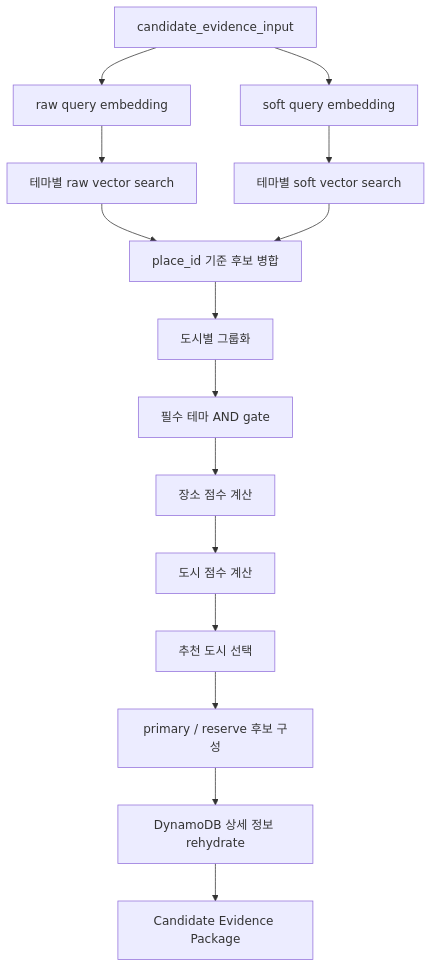
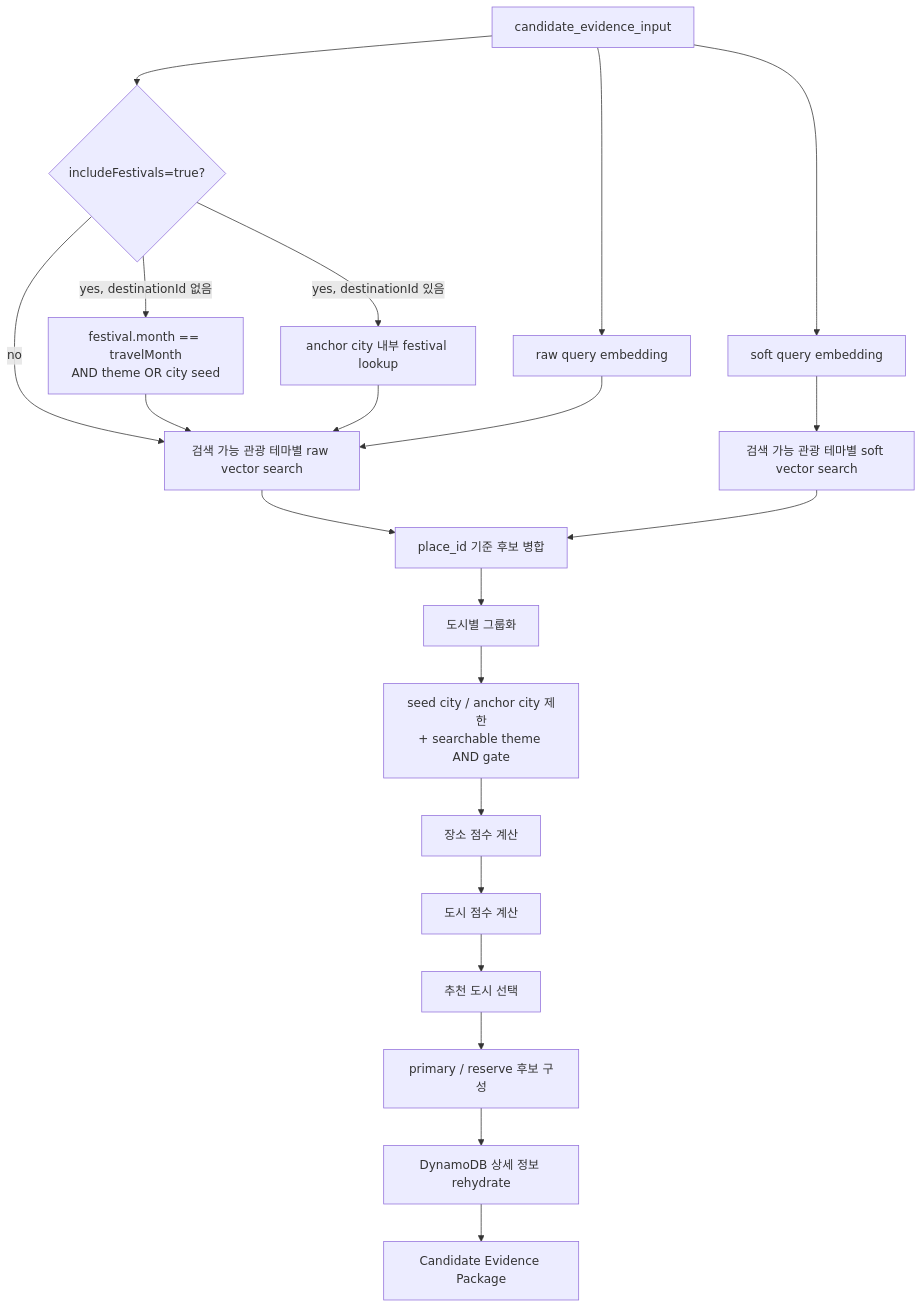
One commit to Joraemon-s-Secret-Gadgets/oh_my_documents changed the second of 2 diagrams in docs/05_agent_spec/agent_integrated_explanation.md. Above: the diagram before and after it, drawn with Mermaid. The commit also changed other lines of this file and 12 other files, not shown here.

````diff
--- a/docs/05_agent_spec/agent_integrated_explanation.md
+++ b/docs/05_agent_spec/agent_integrated_explanation.md
@@ -395,17 +402,23 @@
 ```mermaid
 flowchart TD
     A["candidate_evidence_input"] --> B["raw query embedding"]
     A --> C["soft query embedding"]
-    B --> D["테마별 raw vector search"]
-    C --> E["테마별 soft vector search"]
+    A --> FS{"includeFestivals=true?"}
+    FS -- "yes, destinationId 없음" --> FC["festival.month == travelMonth\nAND theme OR city seed"]
+    FS -- "yes, destinationId 있음" --> FL["anchor city 내부 festival lookup"]
+    FS -- "no" --> D
+    FC --> D["검색 가능 관광 테마별 raw vector search"]
+    FL --> D
+    B --> D
+    C --> E["검색 가능 관광 테마별 soft vector search"]
     D --> F["place_id 기준 후보 병합"]
     E --> F
     F --> G["도시별 그룹화"]
-    G --> H["필수 테마 AND gate"]
+    G --> H["seed city / anchor city 제한\n+ searchable theme AND gate"]
     H --> I["장소 점수 계산"]
     I --> J["도시 점수 계산"]
     J --> K["추천 도시 선택"]
     K --> L["primary / reserve 후보 구성"]
     L --> M["DynamoDB 상세 정보 rehydrate"]
     M --> N["Candidate Evidence Package"]
 ```
````
